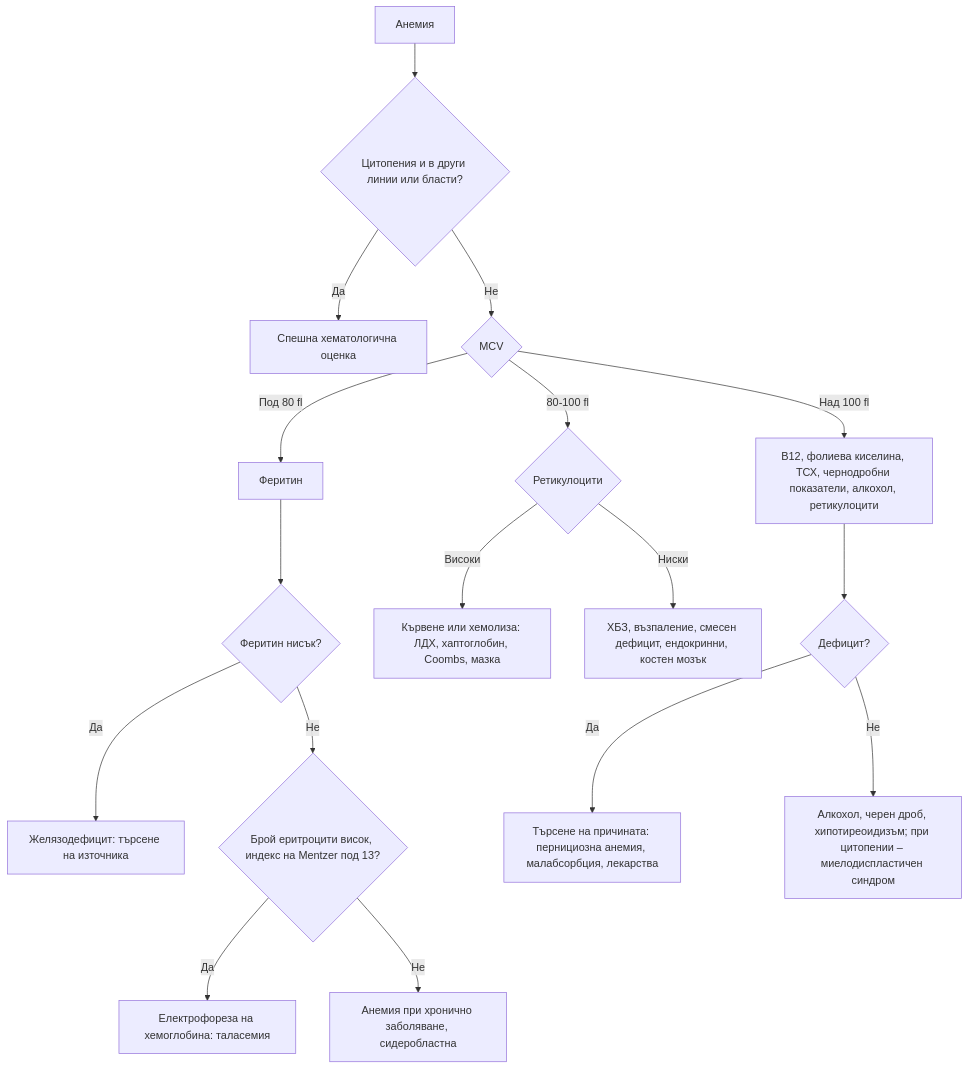
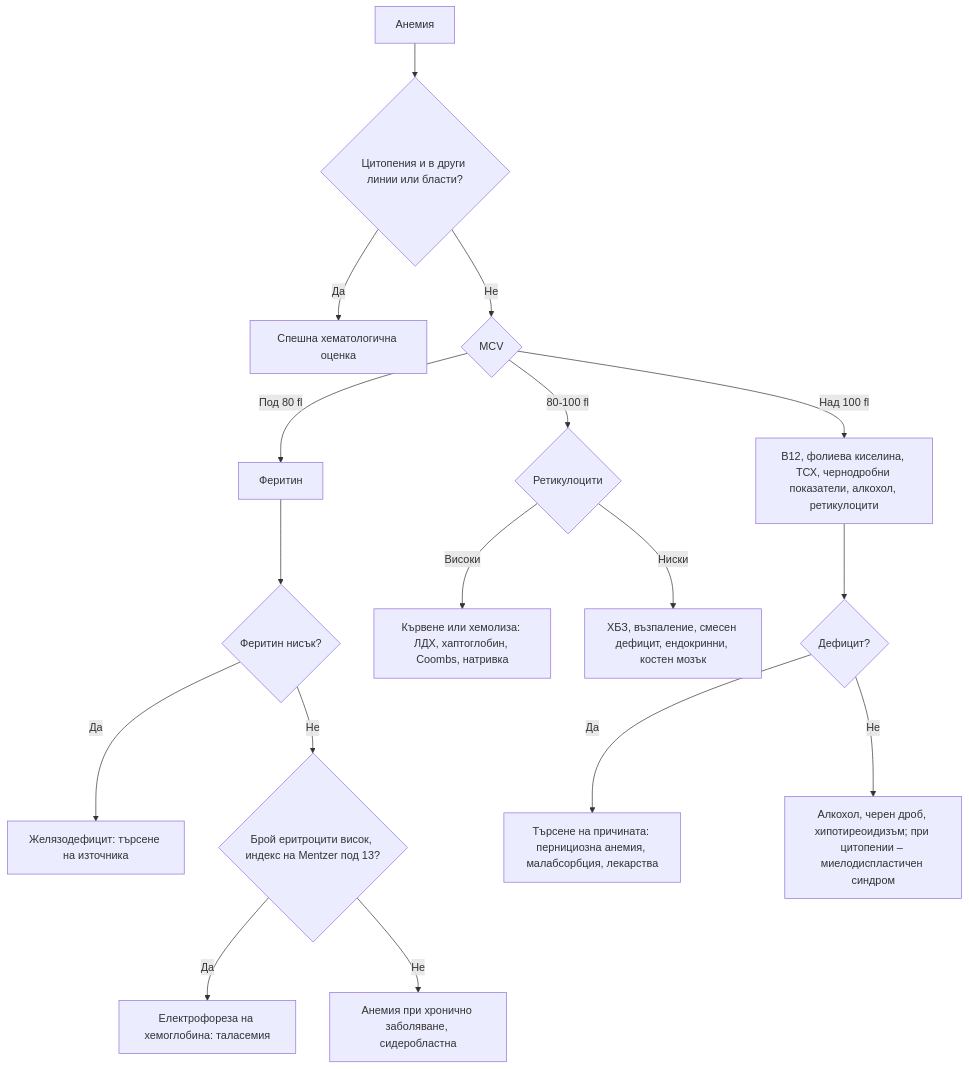
One commit to yancho26/yancho changed the diagram in glavi/32-anemia.md. Above: the diagram before and after it, drawn with Mermaid. The commit also changed other lines of this file and 10 other files, not shown here.

````diff
--- a/glavi/32-anemia.md
+++ b/glavi/32-anemia.md
@@ -224,21 +224,21 @@
 ```mermaid
 flowchart TD
     accTitle: Диагностичен алгоритъм: анемия
     accDescr: Блок-схема. Начало: Анемия. Въпроси: Цитопения и в други линии или бласти? · MCV? · Ретикулоцити? · Феритин нисък? · Дефицит? · Брой еритроцити висок, индекс на Mentzer под 13? Пълното текстово описание е под схемата.
     A["Анемия"] --> B{"Цитопения и в други линии или бласти?"}
     B -->|Да| C["Спешна хематологична оценка"]
     B -->|Не| D{"MCV"}
     D -->|Под 80 fl| E["Феритин"]
     E --> F{"Феритин нисък?"}
     F -->|Да| G["Желязодефицит: търсене на източника"]
     F -->|Не| H{"Брой еритроцити висок, индекс на Mentzer под 13?"}
     H -->|Да| I["Електрофореза на хемоглобина: таласемия"]
     H -->|Не| J["Анемия при хронично заболяване, сидеробластна"]
     D -->|80-100 fl| K{"Ретикулоцити"}
-    K -->|Високи| L["Кървене или хемолиза: ЛДХ, хаптоглобин, Coombs, мазка"]
+    K -->|Високи| L["Кървене или хемолиза: ЛДХ, хаптоглобин, Coombs, натривка"]
     K -->|Ниски| M["ХБЗ, възпаление, смесен дефицит, ендокринни, костен мозък"]
     D -->|Над 100 fl| N["B12, фолиева киселина, ТСХ, чернодробни показатели, алкохол, ретикулоцити"]
     N --> O{"Дефицит?"}
     O -->|Да| P["Търсене на причината: пернициозна анемия, малабсорбция, лекарства"]
     O -->|Не| Q["Алкохол, черен дроб, хипотиреоидизъм; при цитопении – миелодиспластичен синдром"]
 ```
````
